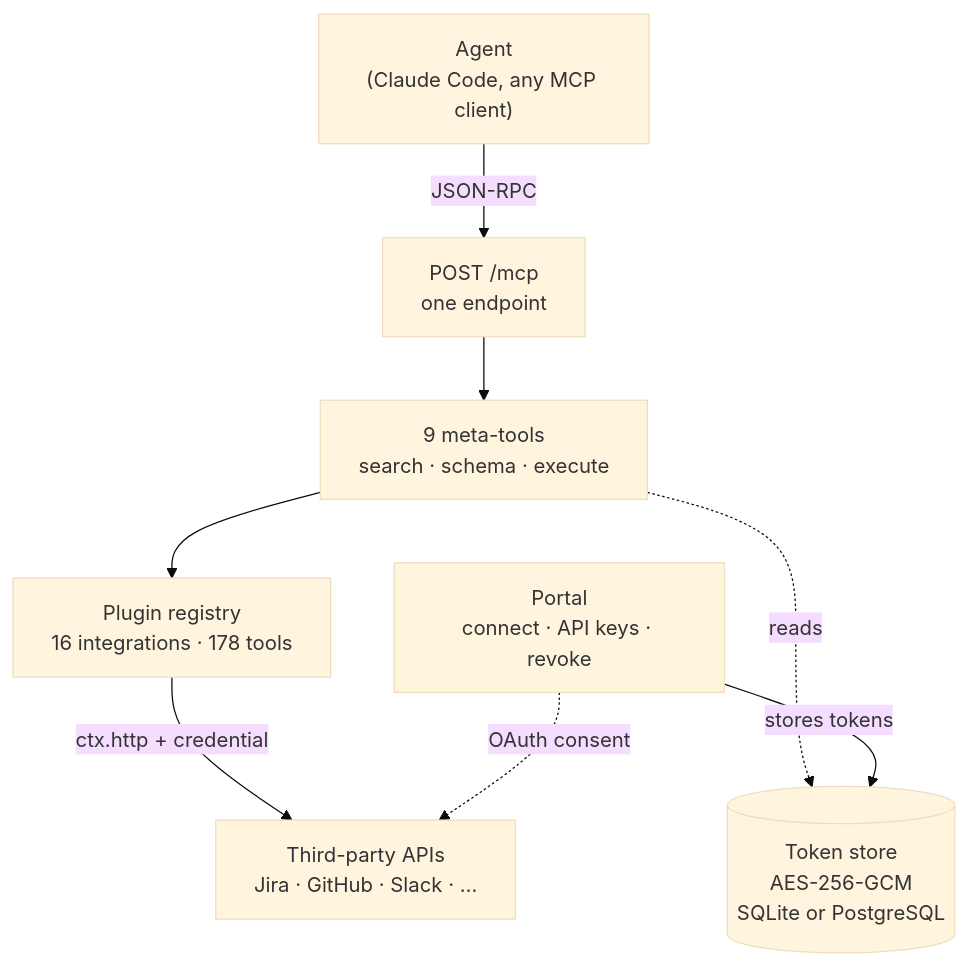
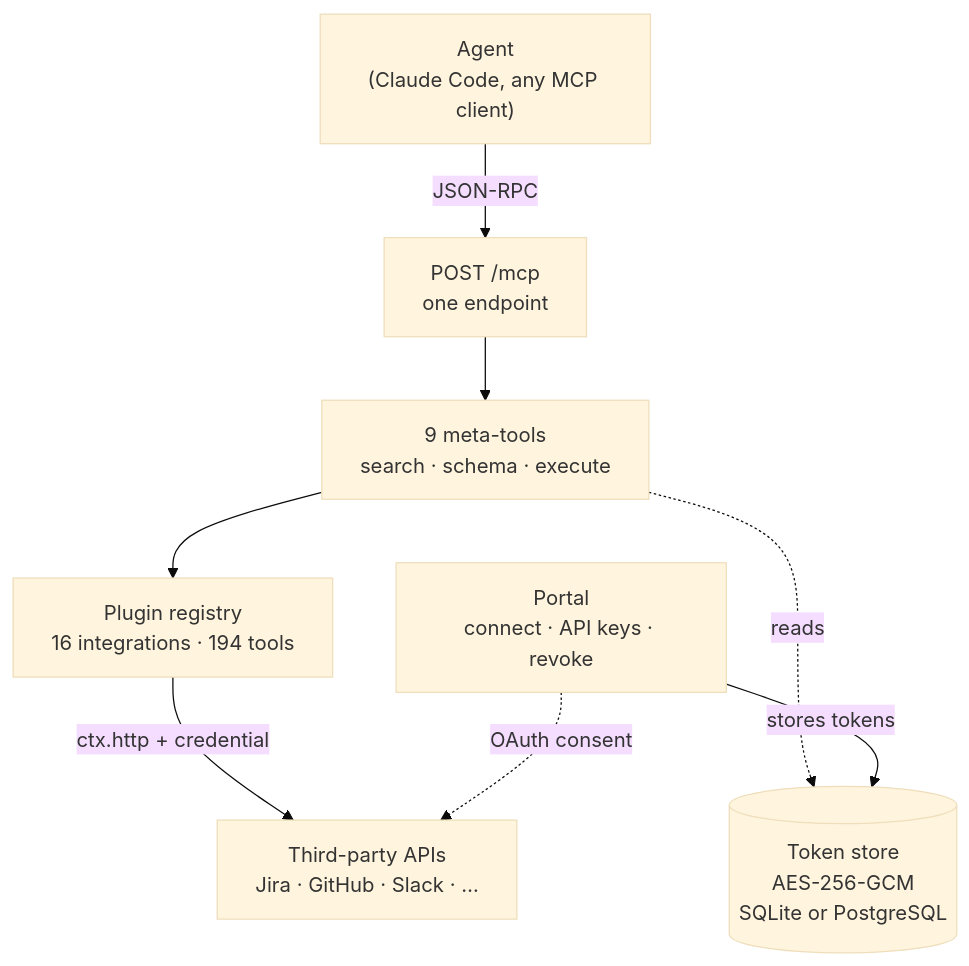
The diagram in docs/site/_content/index.md (barockok/workbench), drawn with Mermaid (base theme) before and after one commit. The commit also changed other lines of this file and 1 other file, not shown here.

````diff
--- a/docs/site/_content/index.md
+++ b/docs/site/_content/index.md
@@ -18,18 +18,18 @@
 ```mermaid
 flowchart TB
   Agent["Agent<br/>(Claude Code, any MCP client)"]
   MCP["POST /mcp<br/>one endpoint"]
   Meta["9 meta-tools<br/>search · schema · execute"]
-  Reg["Plugin registry<br/>16 integrations · 178 tools"]
+  Reg["Plugin registry<br/>16 integrations · 194 tools"]
   Portal["Portal<br/>connect · API keys · revoke"]
   Store[("Token store<br/>AES-256-GCM<br/>SQLite or PostgreSQL")]
   APIs["Third-party APIs<br/>Jira · GitHub · Slack · …"]
 
   Agent -->|JSON-RPC| MCP
   MCP --> Meta
   Meta --> Reg
   Reg -->|ctx.http + credential| APIs
   Meta -.reads.-> Store
   Portal -->|stores tokens| Store
   Portal -.OAuth consent.-> APIs
 ```
````
